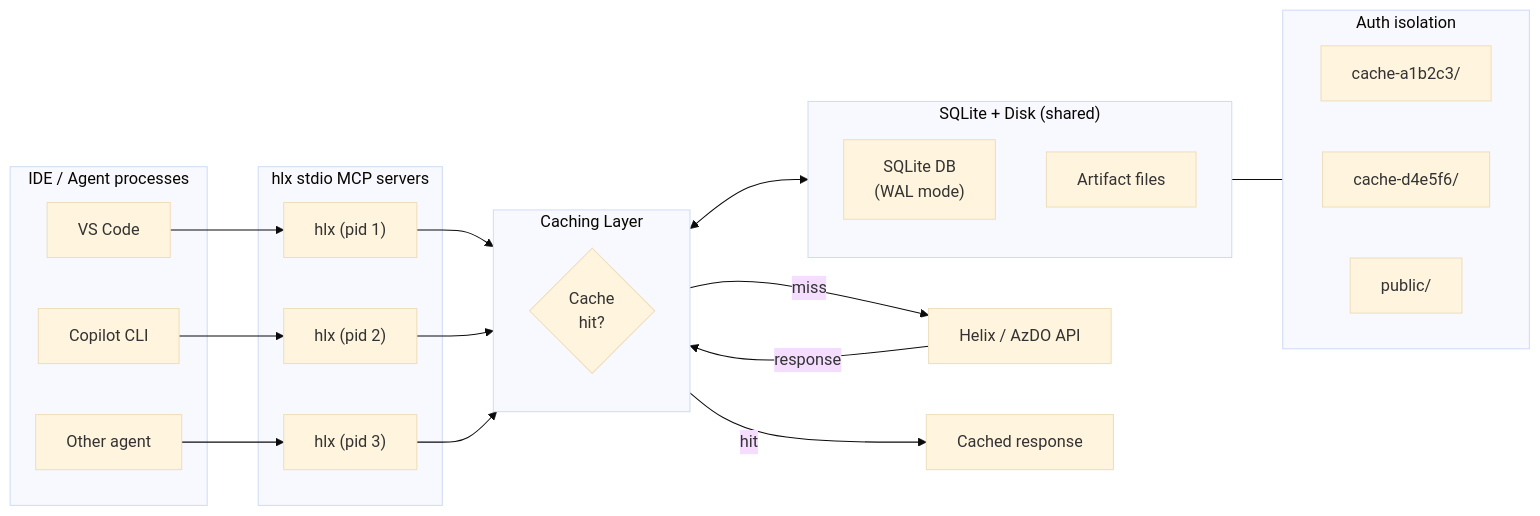
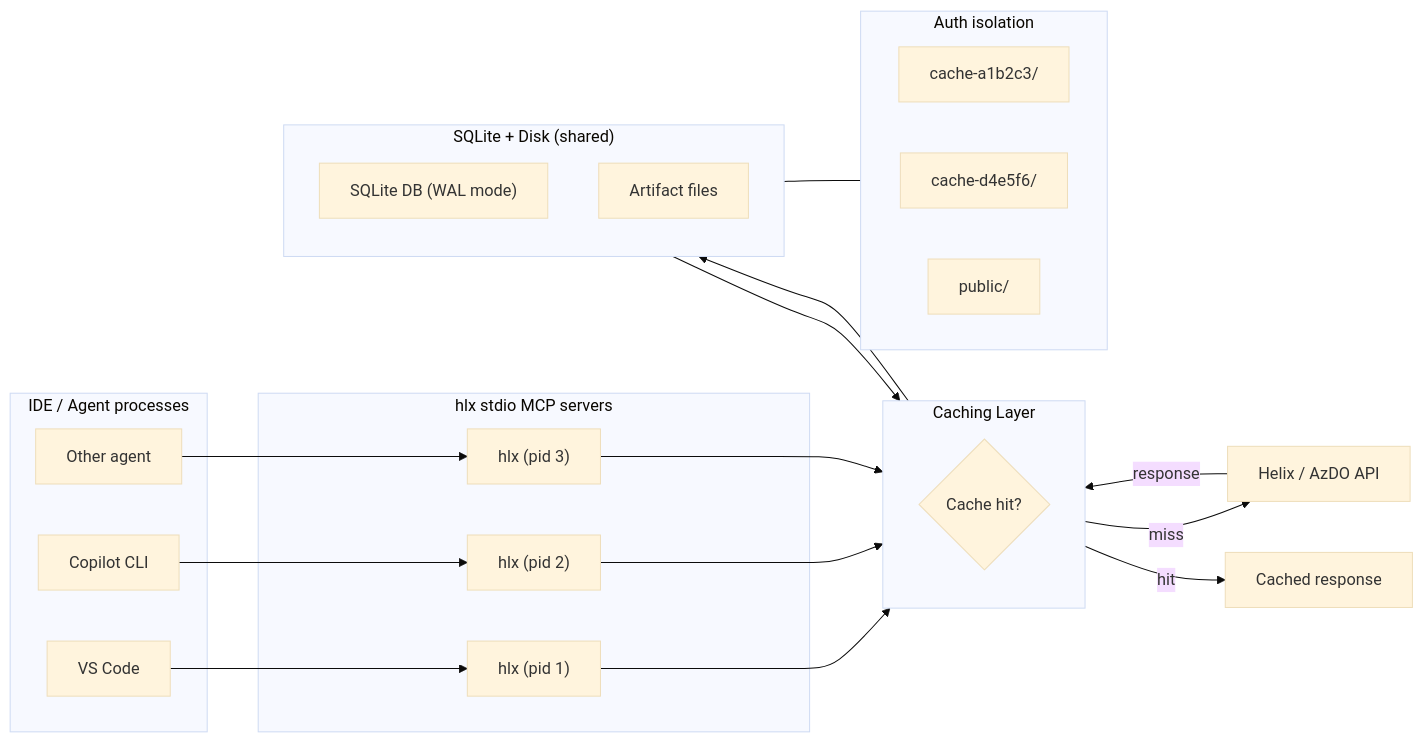
The diagram in README.md (lewing/helix.mcp), drawn with Mermaid (base theme) before and after one commit.

Commit message:
fix: repair mermaid diagram rendering in README
Remove <br/> HTML tags from node labels and replace <--> bidirectional
arrow with two separate arrows. These constructs crash GitHub's
mermaid renderer.

````diff
--- a/README.md
+++ b/README.md
@@ -43,48 +43,49 @@
 ```mermaid
 flowchart LR
     subgraph IDEs["IDE / Agent processes"]
         A1["VS Code"]
         A2["Copilot CLI"]
         A3["Other agent"]
     end
 
     subgraph Stdio["hlx stdio MCP servers"]
         P1["hlx (pid 1)"]
         P2["hlx (pid 2)"]
         P3["hlx (pid 3)"]
     end
 
     A1 --> P1
     A2 --> P2
     A3 --> P3
 
     P1 --> Cache
     P2 --> Cache
     P3 --> Cache
 
     subgraph Cache["Caching Layer"]
         direction TB
-        Check{"Cache<br/>hit?"}
+        Check{"Cache hit?"}
     end
 
     Check -- miss --> API["Helix / AzDO API"]
     API -- response --> Check
     Check -- hit --> Result["Cached response"]
 
     subgraph Store["SQLite + Disk (shared)"]
         direction TB
-        DB["SQLite DB<br/>(WAL mode)"]
+        DB["SQLite DB (WAL mode)"]
         Artifacts["Artifact files"]
     end
 
-    Cache <--> Store
+    Cache --> Store
+    Store --> Cache
 
     subgraph Isolation["Auth isolation"]
         direction LR
         T1["cache-a1b2c3/"]
         T2["cache-d4e5f6/"]
         T3["public/"]
     end
 
     Store --- Isolation
 ```
````
